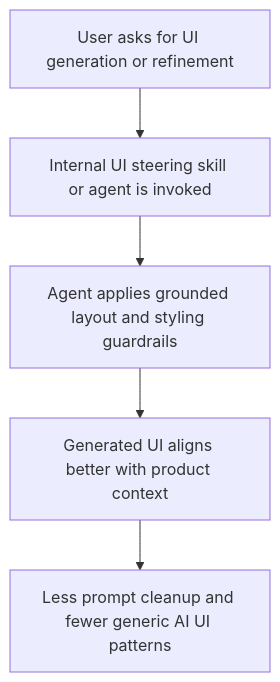
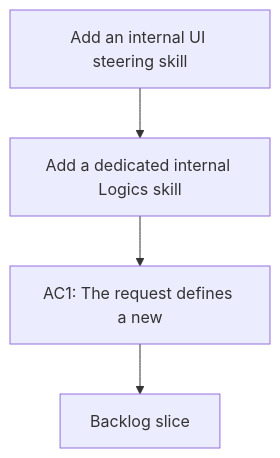
The diagram in logics/request/req_057_add_an_internal_ui_steering_skill_and_agent_for_grounded_interface_generation.md (AlexAgo83/logics-manager), drawn with Mermaid before and after one commit. The commit also changed 481 other files, not shown here.

````diff
--- a/logics/request/req_057_add_an_internal_ui_steering_skill_and_agent_for_grounded_interface_generation.md
+++ b/logics/request/req_057_add_an_internal_ui_steering_skill_and_agent_for_grounded_interface_generation.md
@@ -53,8 +53,8 @@
 ```mermaid
+%% logics-kind: request
 %% logics-signature: request|add-an-internal-ui-steering-skill-and-ag|add-a-dedicated-internal-logics-skill|ac1-the-request-defines-a-new
 flowchart TD
-    A[User asks for UI generation or refinement] --> B[Internal UI steering skill or agent is invoked]
-    B --> C[Agent applies grounded layout and styling guardrails]
-    C --> D[Generated UI aligns better with product context]
-    D --> E[Less prompt cleanup and fewer generic AI UI patterns]
+    Trigger[Add an internal UI steering skill] --> Need[Add a dedicated internal Logics skill]
+    Need --> Outcome[AC1: The request defines a new]
+    Outcome --> Backlog[Backlog slice]
 ```
````
